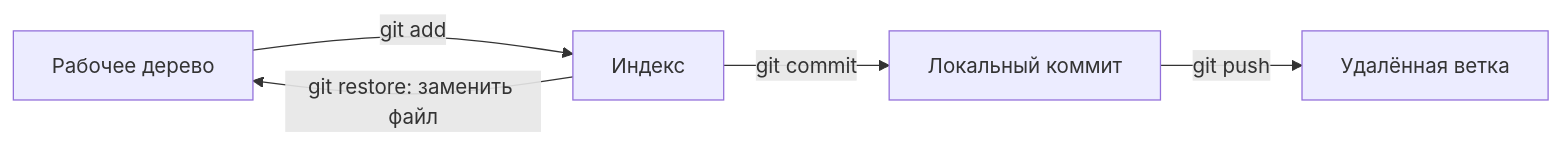
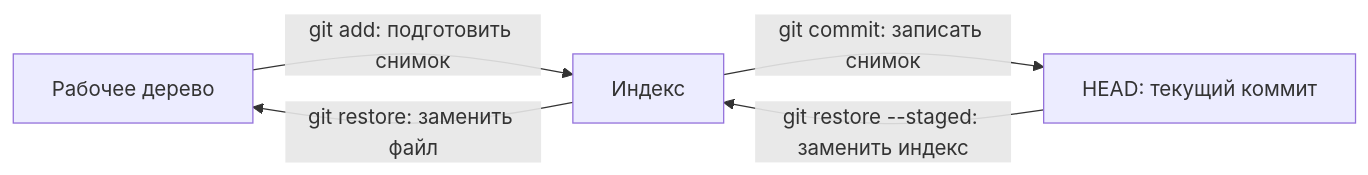
Before and after one commit to IAMN1/devrefsnap: the diagram in tools/git/README.md, drawn with Mermaid. The commit also changed other lines of this file and 7 other files, not shown here.

````diff
--- a/tools/git/README.md
+++ b/tools/git/README.md
@@ -58,7 +53,7 @@
 ```mermaid
 flowchart LR
-    A[Рабочее дерево] -->|git add| B[Индекс]
-    B -->|git commit| C[Локальный коммит]
-    C -->|git push| D[Удалённая ветка]
-    B -->|git restore: заменить файл| A
+    W[Рабочее дерево] -->|git add: подготовить снимок| I[Индекс]
+    I -->|git commit: записать снимок| H[HEAD: текущий коммит]
+    H -->|git restore --staged: заменить индекс| I
+    I -->|git restore: заменить файл| W
 ```
````
